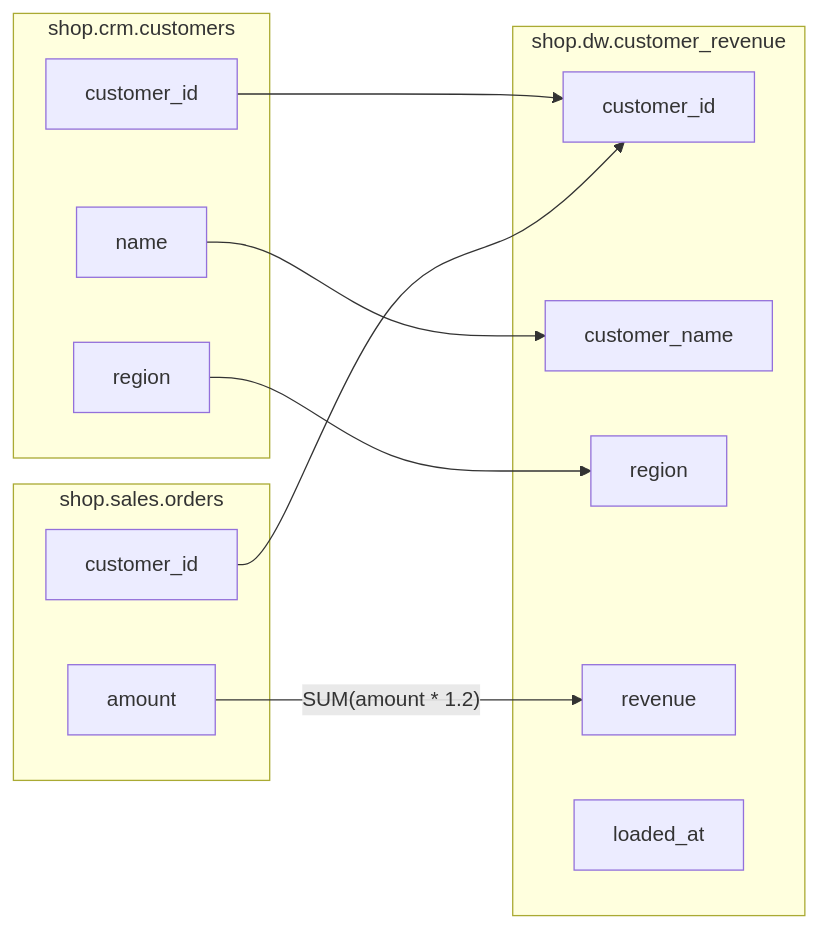
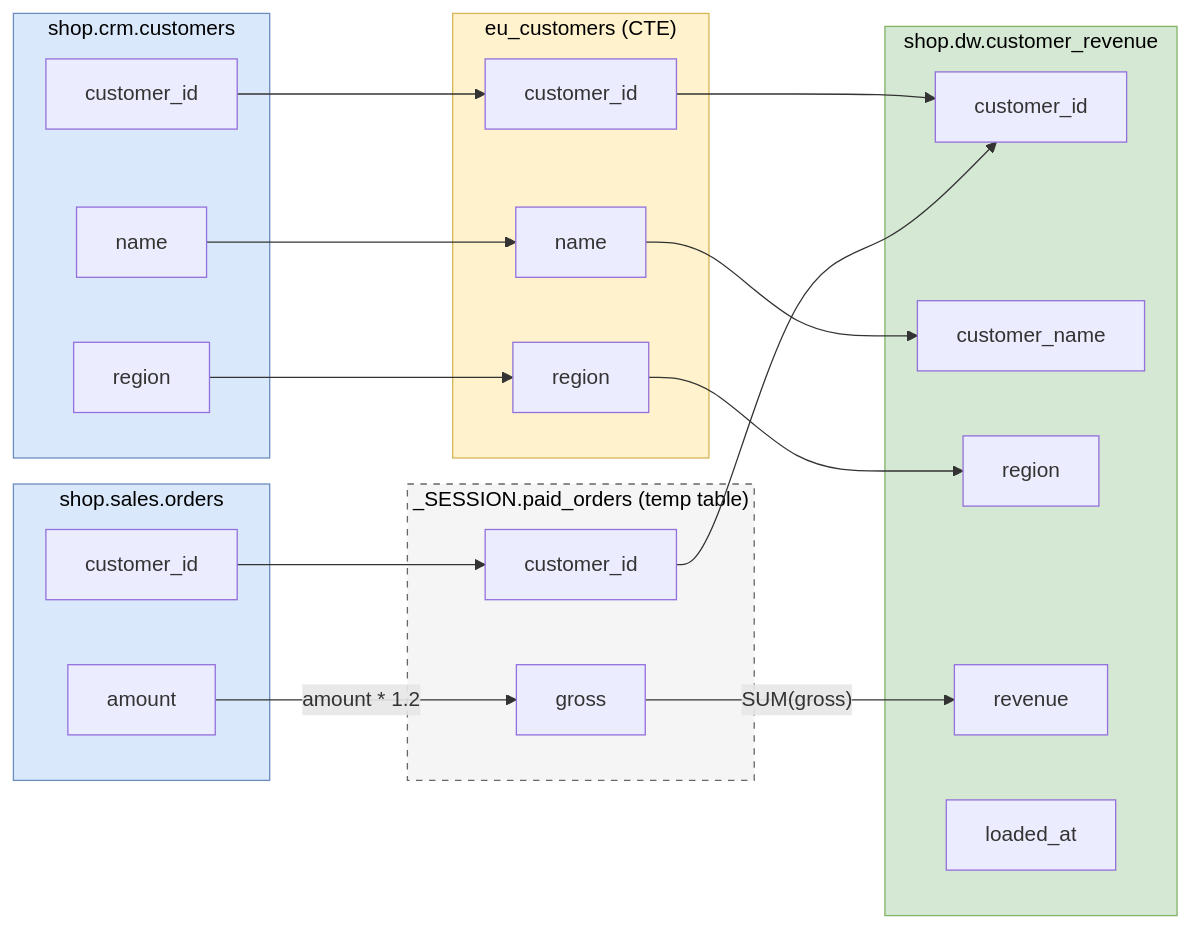
The diagram in docs/exports.md (bhaskars9/BQLineage), drawn with Mermaid before and after one commit. The commit also changed other lines of this file and 8 other files, not shown here.

````diff
--- a/docs/exports.md
+++ b/docs/exports.md
@@ -19,24 +37,46 @@
 ```mermaid
 flowchart LR
     subgraph orders["shop.sales.orders"]
         o_amount["amount"]
         o_cid["customer_id"]
     end
     subgraph customers["shop.crm.customers"]
         c_cid["customer_id"]
         c_name["name"]
         c_region["region"]
     end
+    subgraph paid["_SESSION.paid_orders (temp table)"]
+        p_cid["customer_id"]
+        p_gross["gross"]
+    end
+    subgraph eu["eu_customers (CTE)"]
+        e_cid["customer_id"]
+        e_name["name"]
+        e_region["region"]
+    end
     subgraph revenue["shop.dw.customer_revenue"]
         r_cid["customer_id"]
         r_name["customer_name"]
         r_region["region"]
         r_revenue["revenue"]
         r_loaded["loaded_at"]
     end
-    o_amount -- "SUM(amount * 1.2)" --> r_revenue
-    o_cid --> r_cid
-    c_cid --> r_cid
-    c_name --> r_name
-    c_region --> r_region
+    o_amount -- "amount * 1.2" --> p_gross
+    o_cid --> p_cid
+    c_cid --> e_cid
+    c_name --> e_name
+    c_region --> e_region
+    p_gross -- "SUM(gross)" --> r_revenue
+    p_cid --> r_cid
+    e_cid --> r_cid
+    e_name --> r_name
+    e_region --> r_region
+    classDef source fill:#dae8fc,stroke:#6c8ebf,color:#000
+    classDef temp fill:#f5f5f5,stroke:#666666,stroke-dasharray:5 5,color:#000
+    classDef cte fill:#fff2cc,stroke:#d6b656,color:#000
+    classDef target fill:#d5e8d4,stroke:#82b366,color:#000
+    class orders,customers source
+    class paid temp
+    class eu cte
+    class revenue target
 ```
````
